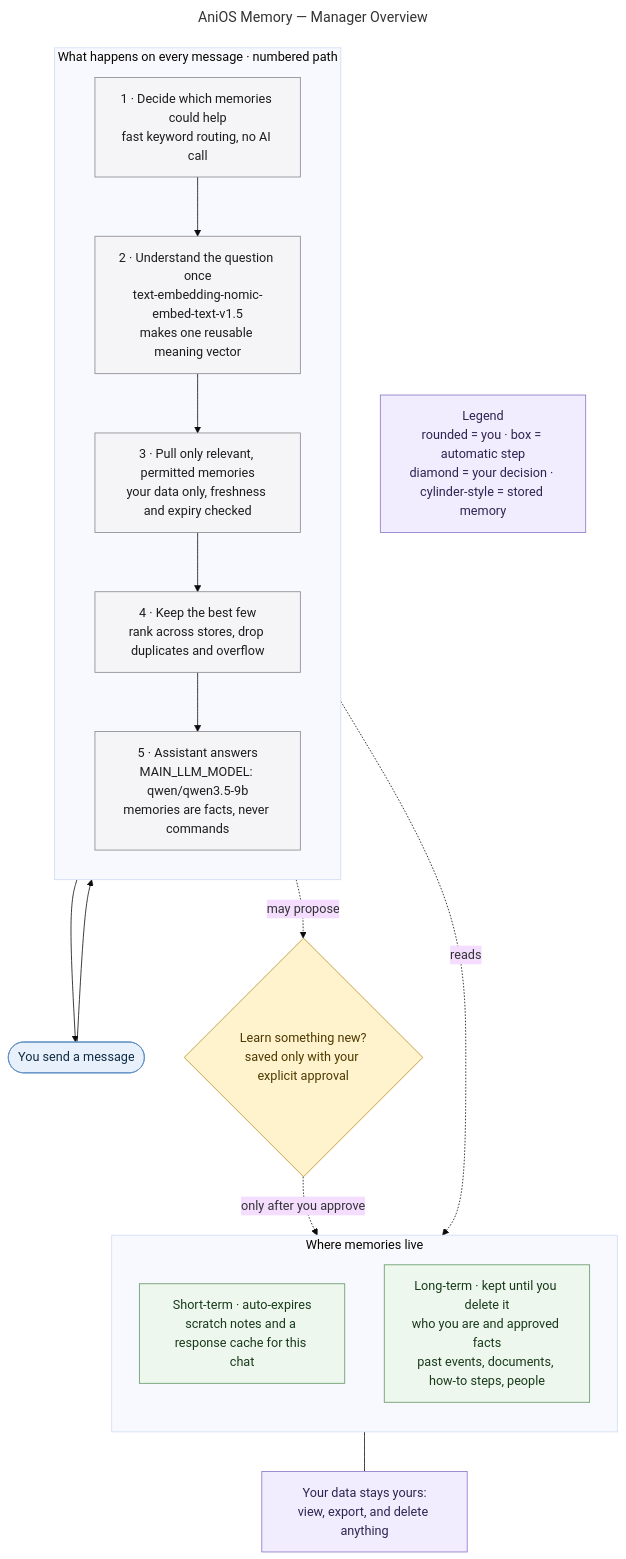
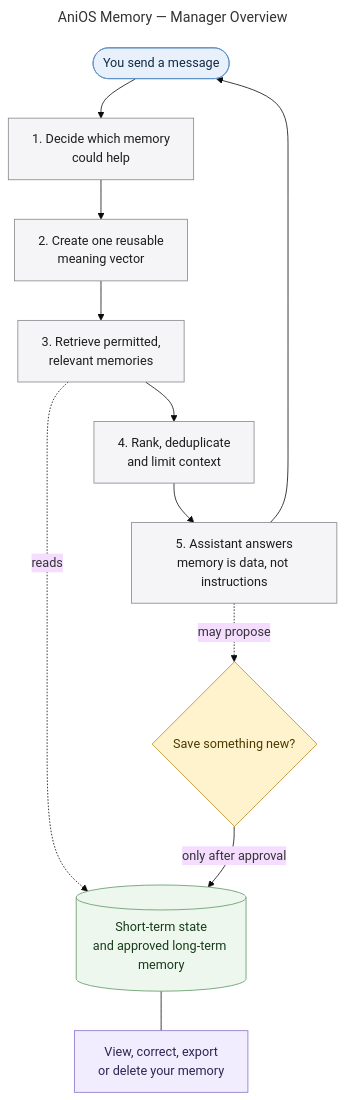
One commit to MallyaAni/PersonalAssistant changed the diagram in docs/diagrams/memory-overview.mmd. Above: the diagram before and after it, drawn with Mermaid (base theme). The commit also changed 30 other files, not shown here.

Commit message:
docs: simplify architecture diagrams

```diff
--- a/docs/diagrams/memory-overview.mmd
+++ b/docs/diagrams/memory-overview.mmd
@@ -1,46 +1,31 @@
 ---
 title: AniOS Memory — Manager Overview
 ---
 flowchart TB
     User([You send a message])
+    User --> Route[1. Decide which memory<br/>could help]
+    Route --> Understand[2. Create one reusable<br/>meaning vector]
+    Understand --> Retrieve[3. Retrieve permitted,<br/>relevant memories]
+    Retrieve --> Curate[4. Rank, deduplicate<br/>and limit context]
+    Curate --> Answer[5. Assistant answers<br/>memory is data, not instructions]
+    Answer --> User
 
-    subgraph Turn[What happens on every message · numbered path]
-        direction TB
-        Step1["1 · Decide which memories could help<br/>fast keyword routing, no AI call"]
-        Step2["2 · Understand the question once<br/>text-embedding-nomic-embed-text-v1.5<br/>makes one reusable meaning vector"]
-        Step3["3 · Pull only relevant, permitted memories<br/>your data only, freshness and expiry checked"]
-        Step4["4 · Keep the best few<br/>rank across stores, drop duplicates and overflow"]
-        Step5["5 · Assistant answers<br/>MAIN_LLM_MODEL: qwen/qwen3.5-9b<br/>memories are facts, never commands"]
+    Stores[(Short-term state<br/>and approved long-term memory)]
+    Retrieve -. reads .-> Stores
 
-        Step1 --> Step2 --> Step3 --> Step4 --> Step5
-    end
+    Answer -. may propose .-> Consent{Save something new?}
+    Consent -->|only after approval| Stores
 
-    Consent{"Learn something new?<br/>saved only with your explicit approval"}
-
-    subgraph Stores[Where memories live]
-        direction TB
-        ShortTerm["Short-term · auto-expires<br/>scratch notes and a response cache for this chat"]
-        LongTerm["Long-term · kept until you delete it<br/>who you are and approved facts<br/>past events, documents, how-to steps, people"]
-    end
-
-    Privacy["Your data stays yours:<br/>view, export, and delete anything"]
-
-    User --> Step1
-    Step5 --> User
-    Step3 -. reads .-> Stores
-    Step5 -. may propose .-> Consent
-    Consent -. only after you approve .-> LongTerm
-    Stores --- Privacy
-
-    Legend["Legend<br/>rounded = you · box = automatic step<br/>diamond = your decision · cylinder-style = stored memory"]
+    Control[View, correct, export<br/>or delete your memory]
+    Stores --- Control
 
     classDef person fill:#e8f1fb,stroke:#5e8fc4,color:#102a43;
     classDef step fill:#f5f5f7,stroke:#86868b,color:#1d1d1f;
     classDef gate fill:#fff3cd,stroke:#b78b20,color:#4d3900;
     classDef store fill:#eef7ee,stroke:#5f9562,color:#183b1b;
     classDef note fill:#f1edff,stroke:#8872c6,color:#2e2450;
     class User person;
-    class Step1,Step2,Step3,Step4,Step5 step;
+    class Route,Understand,Retrieve,Curate,Answer step;
     class Consent gate;
-    class ShortTerm,LongTerm store;
-    class Privacy,Legend note;
+    class Stores store;
+    class Control note;
```
